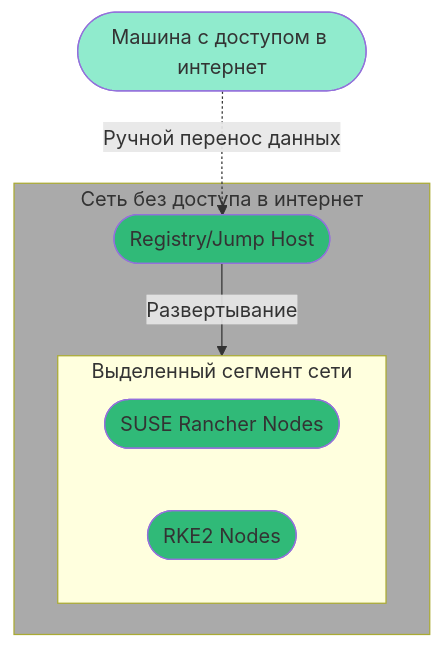
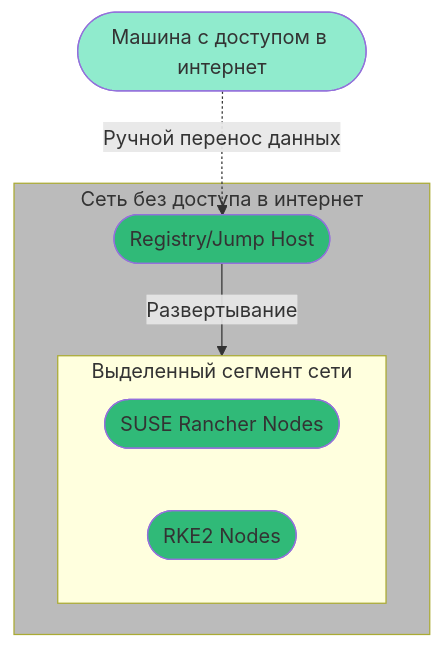
The diagram in README.md (ppzhukov/airgap-10.2022), drawn with Mermaid before and after one commit.

````diff
--- a/README.md
+++ b/README.md
@@ -5,19 +5,19 @@
 ```mermaid
 flowchart TB
 style id1 fill:#90EBCD
 style id2 fill:#30BA78
 style id3 fill:#30BA78
 style id4 fill:#30BA78
-style d10 fill:#AAAAAA
+style d10 fill:#BBBBBB
 
   id1([Машина с доступом в интернет])
   id1 -.Ручной перенос данных.-> id2  
   subgraph d10 ["Сеть без доступа в интернет"]
     id2(["Registry/Jump Host"])
     id2 --> |Развертывание| d30
     subgraph d30 ["Выделенный сегмент сети"]
       id3([SUSE Rancher Nodes])
       id4([RKE2 Nodes])
     end
   end
 ```
````
